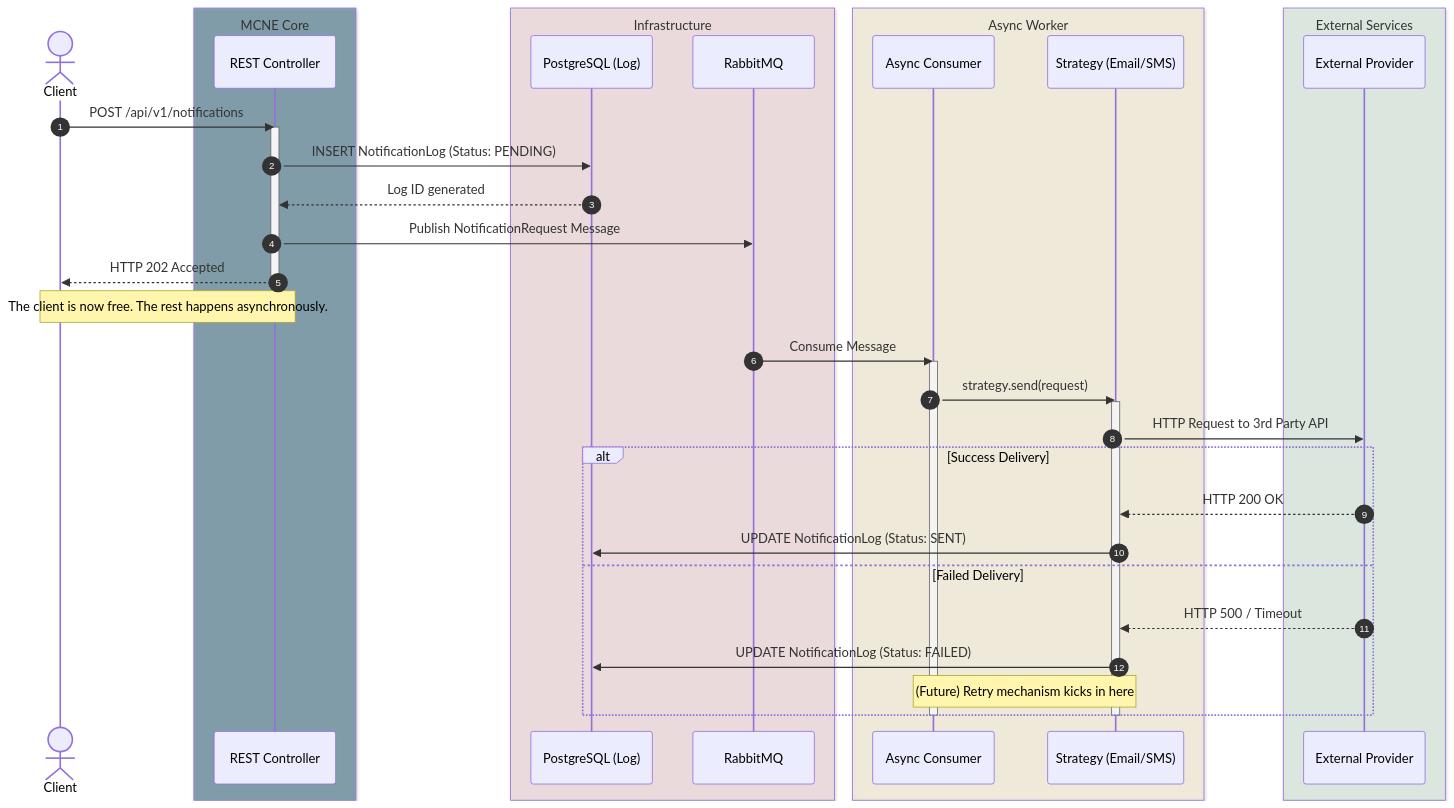
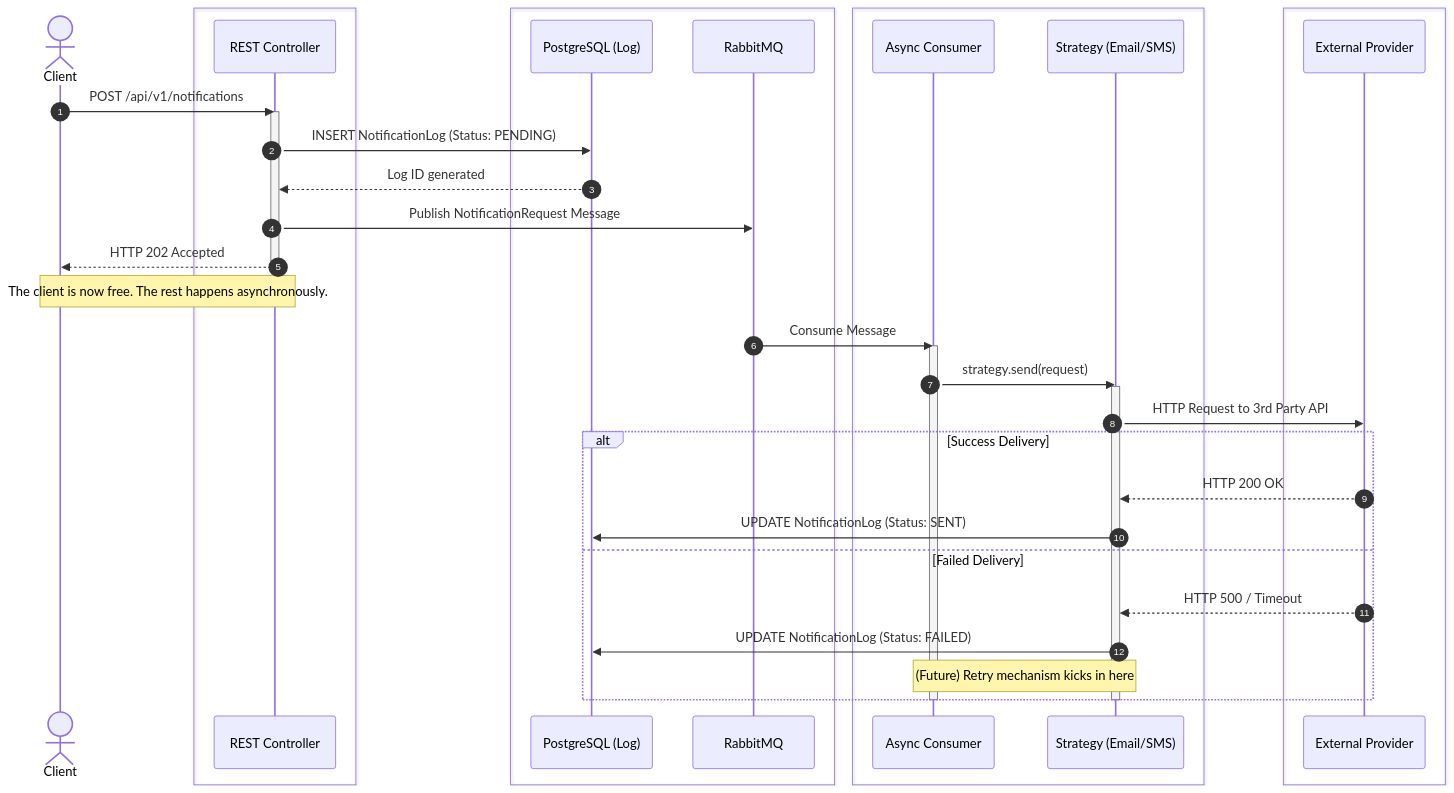
Before and after one commit to pmfml/multi-channel-notification-engine: the second of 3 diagrams in ARCHITECTURE.md, drawn with Mermaid. The commit also changed other lines of this file and 1 other file, not shown here.

Commit message:
docs: update readme and architecture documents

````diff
--- a/ARCHITECTURE.md
+++ b/ARCHITECTURE.md
@@ -53,48 +53,48 @@
 ```mermaid
 sequenceDiagram
     autonumber
     actor Client
 
-    box rgba(85, 128, 148, 0.65) MCNE Core
+    box #85C1E9 MCNE Core
         participant API as REST Controller
     end
-    box rgba(248, 215, 218, 0.51) Infrastructure
+    box #F5B041 Infrastructure
         participant DB as PostgreSQL (Log)
         participant MQ as RabbitMQ
     end
-    box rgba(255, 243, 205, 0.42) Async Worker
+    box #F7DC6F Async Worker
         participant Worker as Async Consumer
         participant Strategy as Strategy (Email/SMS)
     end
-    box rgba(212, 237, 218, 0.43) External Services
+    box #82E0AA External Services
         participant External as External Provider
     end
 
     Client->>API: POST /api/v1/notifications
     activate API
     API->>DB: INSERT NotificationLog (Status: PENDING)
     DB-->>API: Log ID generated
     API->>MQ: Publish NotificationRequest Message
     API-->>Client: HTTP 202 Accepted
     deactivate API
 
     Note over Client,API: The client is now free. The rest happens asynchronously.
 
     MQ->>Worker: Consume Message
     activate Worker
     Worker->>Strategy: strategy.send(request)
     activate Strategy
     Strategy->>External: HTTP Request to 3rd Party API
 
     alt Success Delivery
         External-->>Strategy: HTTP 200 OK
         Strategy->>DB: UPDATE NotificationLog (Status: SENT)
     else Failed Delivery
         External-->>Strategy: HTTP 500 / Timeout
         Strategy->>DB: UPDATE NotificationLog (Status: FAILED)
         Note over Strategy,Worker: (Future) Retry mechanism kicks in here
     end
 
     deactivate Strategy
     deactivate Worker
 ```
````
